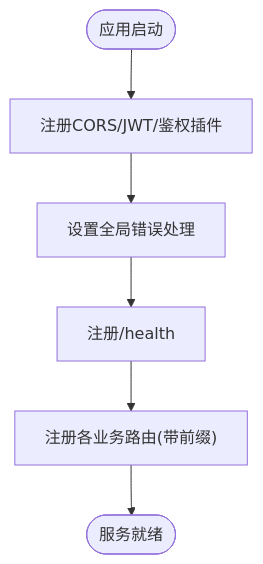
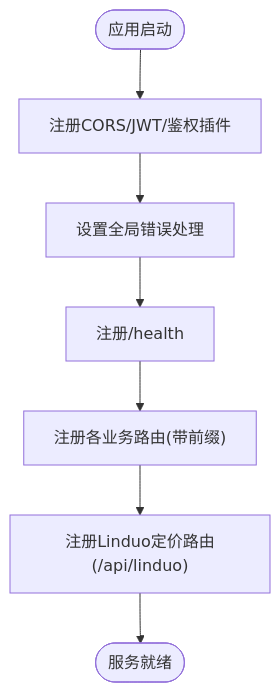
Before and after one commit to iljahofbauer219-lang/yandu: the third of 7 diagrams in .qoder/repowiki/zh/content/核心服务/后端服务器基础设施.md, drawn with Mermaid. The commit also changed other lines of this file and 340 other files, not shown here.

````diff
--- a/.qoder/repowiki/zh/content/核心服务/后端服务器基础设施.md
+++ b/.qoder/repowiki/zh/content/核心服务/后端服务器基础设施.md
@@ -111,8 +144,9 @@
 ```mermaid
 flowchart TD
 Start(["应用启动"]) --> Register["注册CORS/JWT/鉴权插件"]
 Register --> ErrorHandler["设置全局错误处理"]
 ErrorHandler --> Health["注册/health"]
 Health --> Routes["注册各业务路由(带前缀)"]
-Routes --> Ready(["服务就绪"])
+Routes --> Linduo["注册Linduo定价路由(/api/linduo)"]
+Linduo --> Ready(["服务就绪"])
 ```
````
